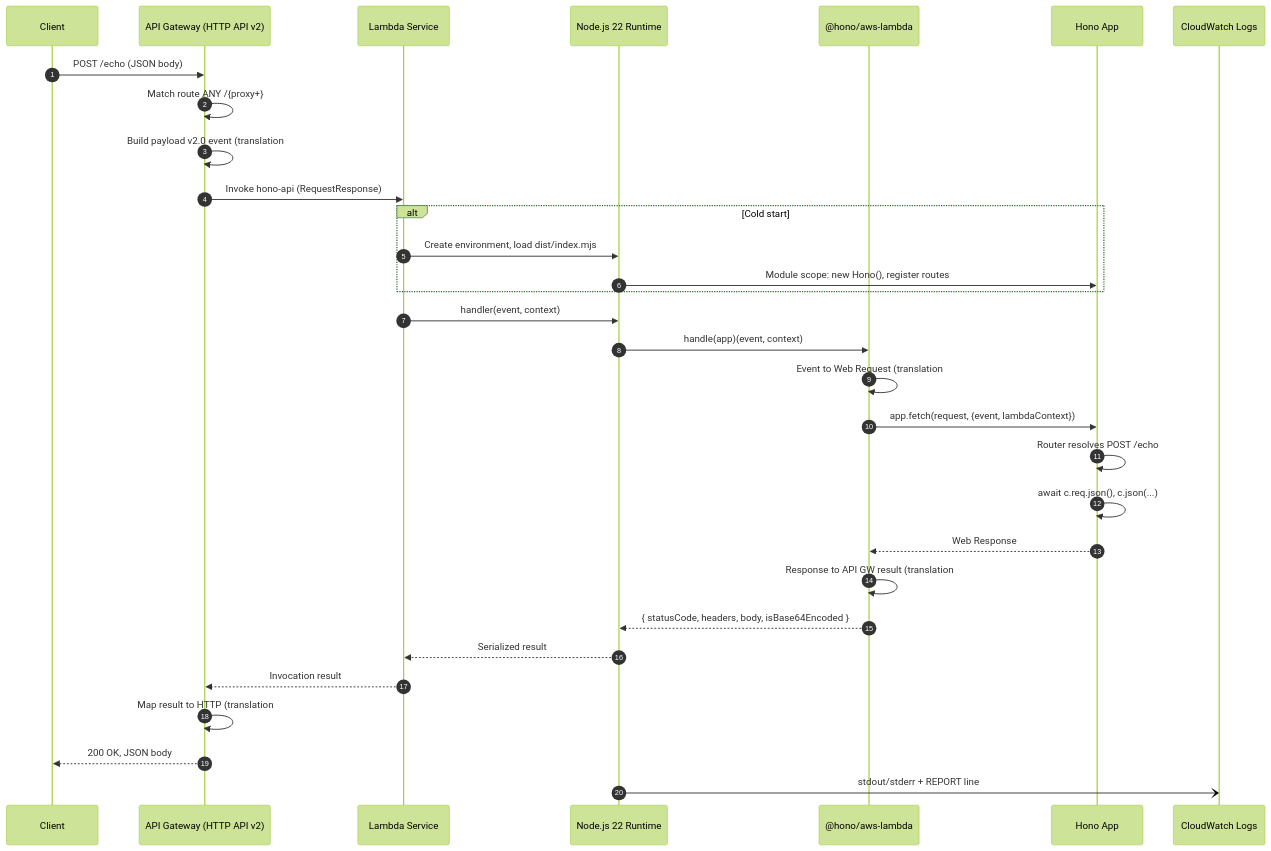
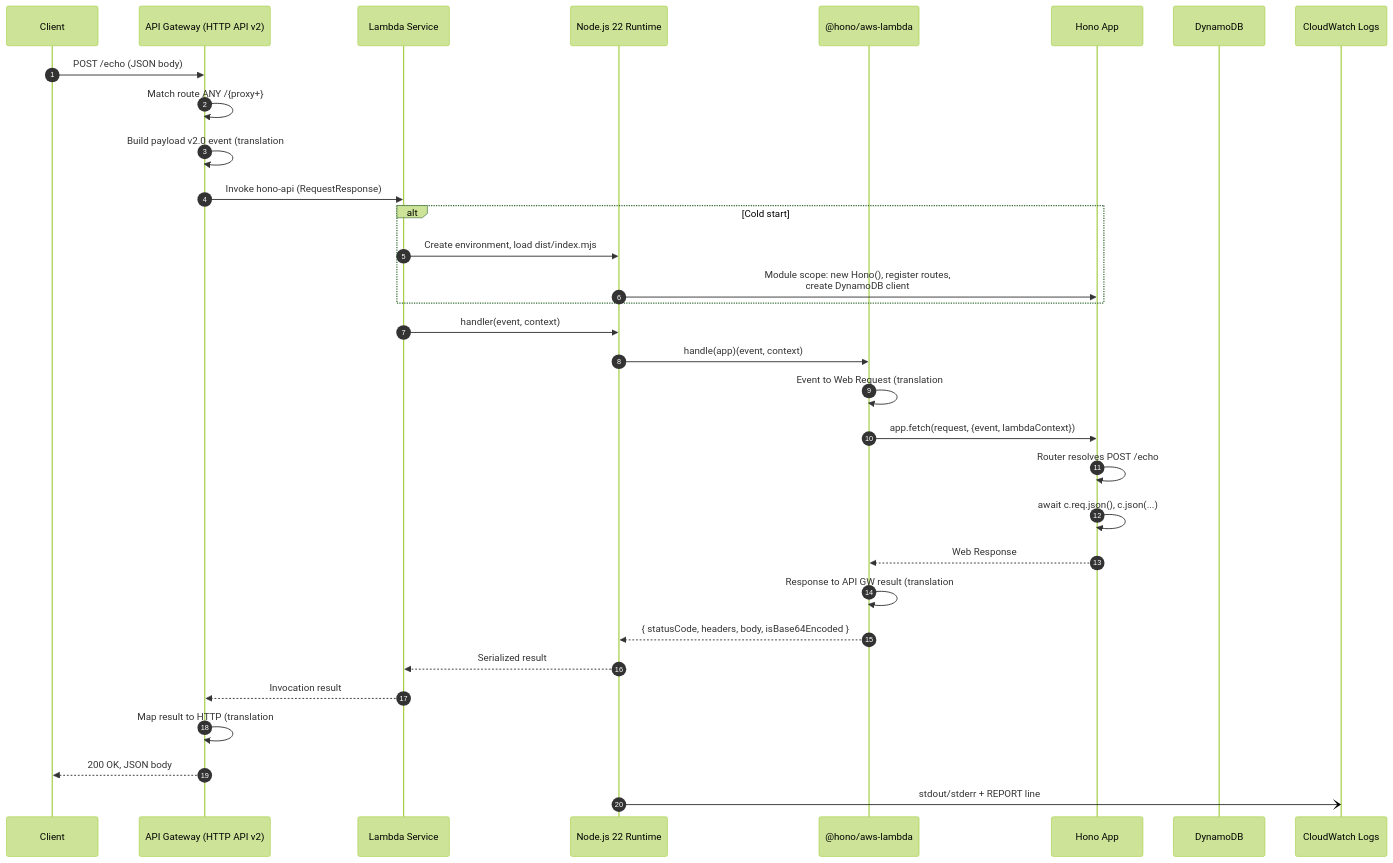
Before and after one commit to Colin-Stark/hono-serverless-api: the second of 4 diagrams in README.md, drawn with Mermaid (forest theme). The commit also changed other lines of this file and 1 other file, not shown here.

Commit message:
Update documentation to reflect DynamoDB integration and new user routes

````diff
--- a/README.md
+++ b/README.md
@@ -113,36 +119,37 @@
 ```mermaid
 sequenceDiagram
     autonumber
     participant C as Client
     participant AG as API Gateway (HTTP API v2)
     participant LS as Lambda Service
     participant RT as Node.js 22 Runtime
     participant AD as @hono/aws-lambda
     participant H as Hono App
+    participant DDB as DynamoDB
     participant CW as CloudWatch Logs
 
     C->>AG: POST /echo (JSON body)
     AG->>AG: Match route ANY /{proxy+}
     AG->>AG: Build payload v2.0 event (translation #1)
     AG->>LS: Invoke hono-api (RequestResponse)
 
     alt Cold start
         LS->>RT: Create environment, load dist/index.mjs
-        RT->>H: Module scope: new Hono(), register routes
+        RT->>H: Module scope: new Hono(), register routes,<br/>create DynamoDB client
     end
 
     LS->>RT: handler(event, context)
     RT->>AD: handle(app)(event, context)
     AD->>AD: Event to Web Request (translation #2)
     AD->>H: app.fetch(request, {event, lambdaContext})
     H->>H: Router resolves POST /echo
     H->>H: await c.req.json(), c.json(...)
     H-->>AD: Web Response
     AD->>AD: Response to API GW result (translation #3)
     AD-->>RT: { statusCode, headers, body, isBase64Encoded }
     RT-->>LS: Serialized result
     LS-->>AG: Invocation result
     AG->>AG: Map result to HTTP (translation #4)
     AG-->>C: 200 OK, JSON body
     RT-)CW: stdout/stderr + REPORT line
 ```
````
